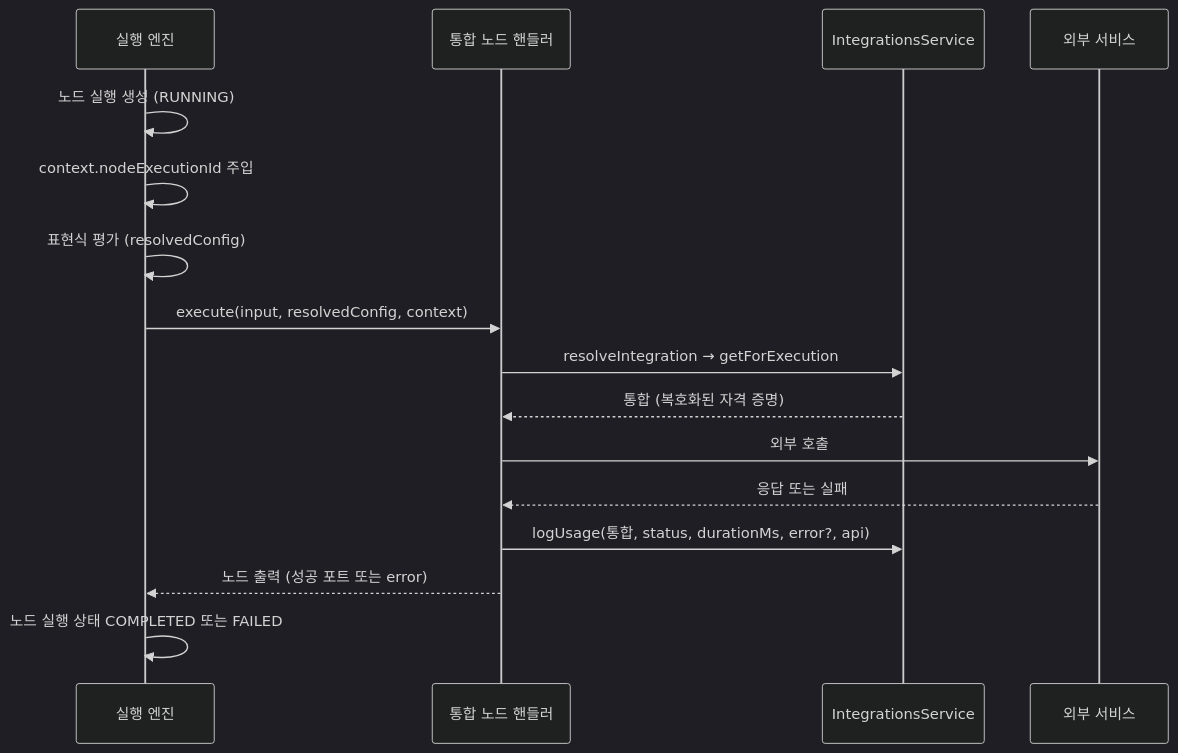
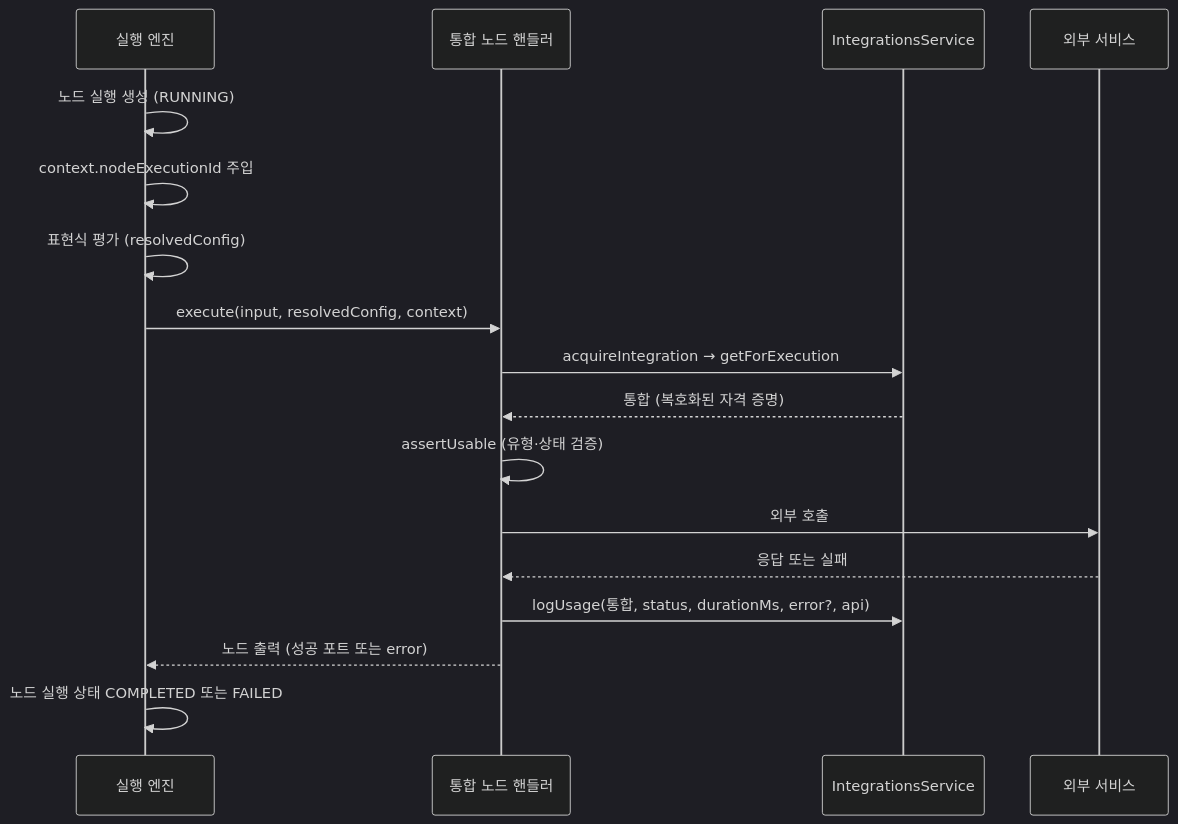
Before and after one commit to worker-ants/clemvion: the diagram in spec/CLE-NODE-INT/CLE-NODE-INT-COMMON.md, drawn with Mermaid (dark theme). The commit also changed other lines of this file and 33 other files, not shown here.

````diff
--- a/spec/CLE-NODE-INT/CLE-NODE-INT-COMMON.md
+++ b/spec/CLE-NODE-INT/CLE-NODE-INT-COMMON.md
@@ -193,18 +192,19 @@
 ```mermaid
 sequenceDiagram
   participant E as 실행 엔진
   participant H as 통합 노드 핸들러
   participant S as IntegrationsService
   participant X as 외부 서비스
   E->>E: 노드 실행 생성 (RUNNING)
   E->>E: context.nodeExecutionId 주입
   E->>E: 표현식 평가 (resolvedConfig)
   E->>H: execute(input, resolvedConfig, context)
-  H->>S: resolveIntegration → getForExecution
+  H->>S: acquireIntegration → getForExecution
   S-->>H: 통합 (복호화된 자격 증명)
+  H->>H: assertUsable (유형·상태 검증)
   H->>X: 외부 호출
   X-->>H: 응답 또는 실패
   H->>S: logUsage(통합, status, durationMs, error?, api)
   H-->>E: 노드 출력 (성공 포트 또는 error)
   E->>E: 노드 실행 상태 COMPLETED 또는 FAILED
 ```
````
